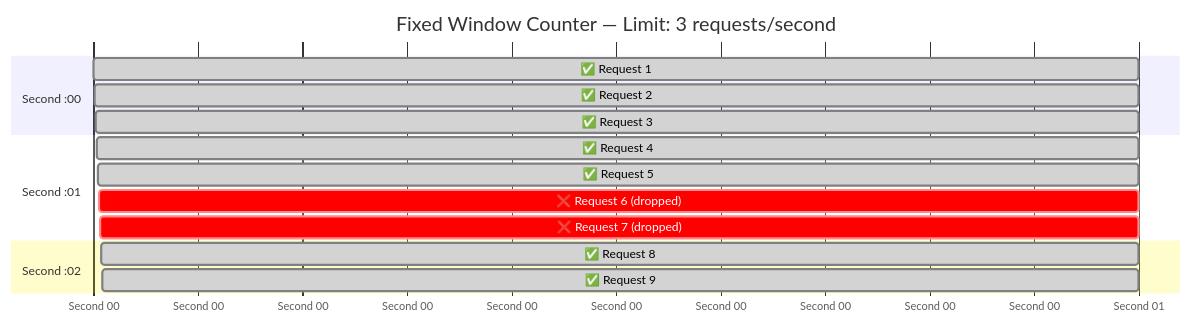
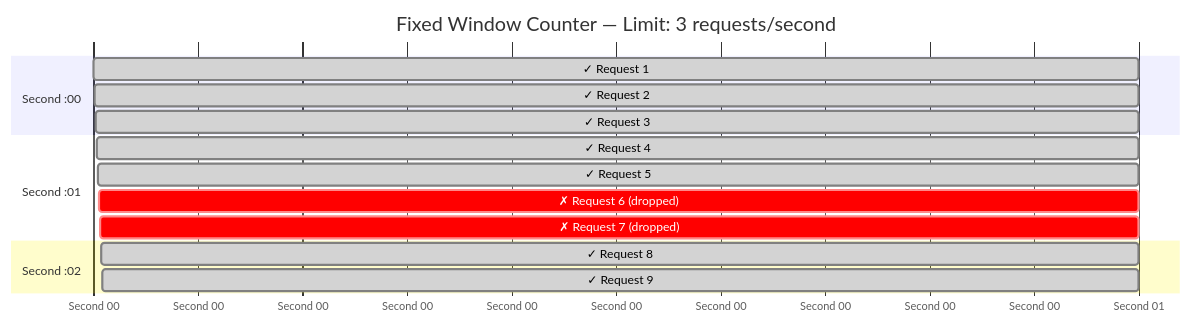
Before and after one commit to devops-monk/system-design-blog: the tenth of 26 diagrams in content/posts/2026/design-a-rate-limiter.md, drawn with Mermaid. The commit also changed other lines of this file and 5 other files, not shown here.

````diff
--- a/content/posts/2026/design-a-rate-limiter.md
+++ b/content/posts/2026/design-a-rate-limiter.md
@@ -317,21 +316,21 @@
 ```mermaid
 gantt
     title Fixed Window Counter — Limit: 3 requests/second
     dateFormat  X
     axisFormat  Second %S
 
     section Second :00
-    ✅ Request 1  : done, 0, 1
-    ✅ Request 2  : done, 1, 1
-    ✅ Request 3  : done, 2, 1
+    ✓ Request 1  : done, 0, 1
+    ✓ Request 2  : done, 1, 1
+    ✓ Request 3  : done, 2, 1
 
     section Second :01
-    ✅ Request 4  : done, 3, 1
-    ✅ Request 5  : done, 4, 1
-    ❌ Request 6 (dropped)  : crit, 5, 1
-    ❌ Request 7 (dropped)  : crit, 6, 1
+    ✓ Request 4  : done, 3, 1
+    ✓ Request 5  : done, 4, 1
+    ✗ Request 6 (dropped)  : crit, 5, 1
+    ✗ Request 7 (dropped)  : crit, 6, 1
 
     section Second :02
-    ✅ Request 8  : done, 7, 1
-    ✅ Request 9  : done, 8, 1
+    ✓ Request 8  : done, 7, 1
+    ✓ Request 9  : done, 8, 1
 ```
````
